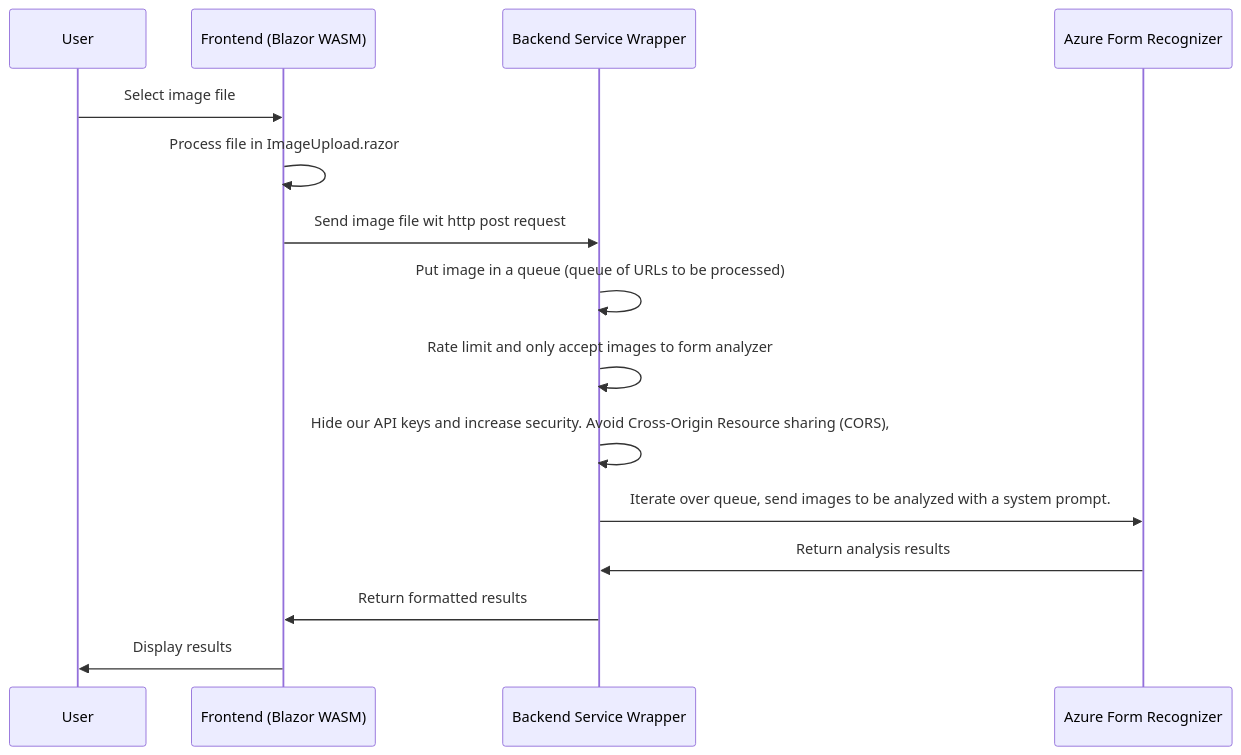
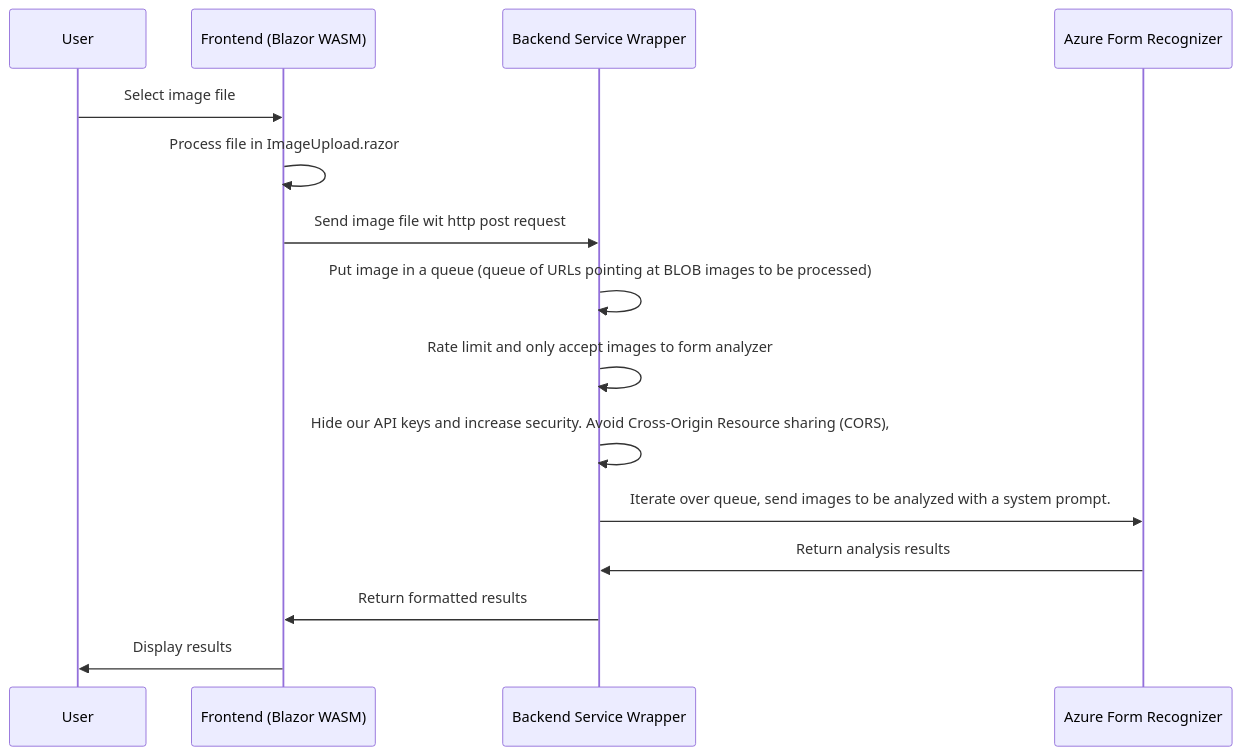
The diagram in readme.md (eric-fern/ImageReader), drawn with Mermaid before and after one commit.

````diff
--- a/readme.md
+++ b/readme.md
@@ -10,18 +10,18 @@
 ```mermaid
 sequenceDiagram
 participant User
 participant Frontend as Frontend (Blazor WASM)
 participant Backend as Backend Service Wrapper
 participant Azure as Azure Form Recognizer
 
 User->>Frontend: Select image file
 Frontend->>Frontend: Process file in ImageUpload.razor
 Frontend->>Backend: Send image file wit http post request
-Backend->>Backend:Put image in a queue (queue of URLs to be processed)
+Backend->>Backend:Put image in a queue (queue of URLs pointing at BLOB images to be processed)
 Backend->>Backend:Rate limit and only accept images to form analyzer
 Backend->>Backend:Hide our API keys and increase security. Avoid Cross-Origin Resource sharing (CORS), 
 Backend->>Azure: Iterate over queue, send images to be analyzed with a system prompt.
 Azure->>Backend: Return analysis results
 Backend->>Frontend: Return formatted results
 Frontend->>User: Display results
 ```
````
